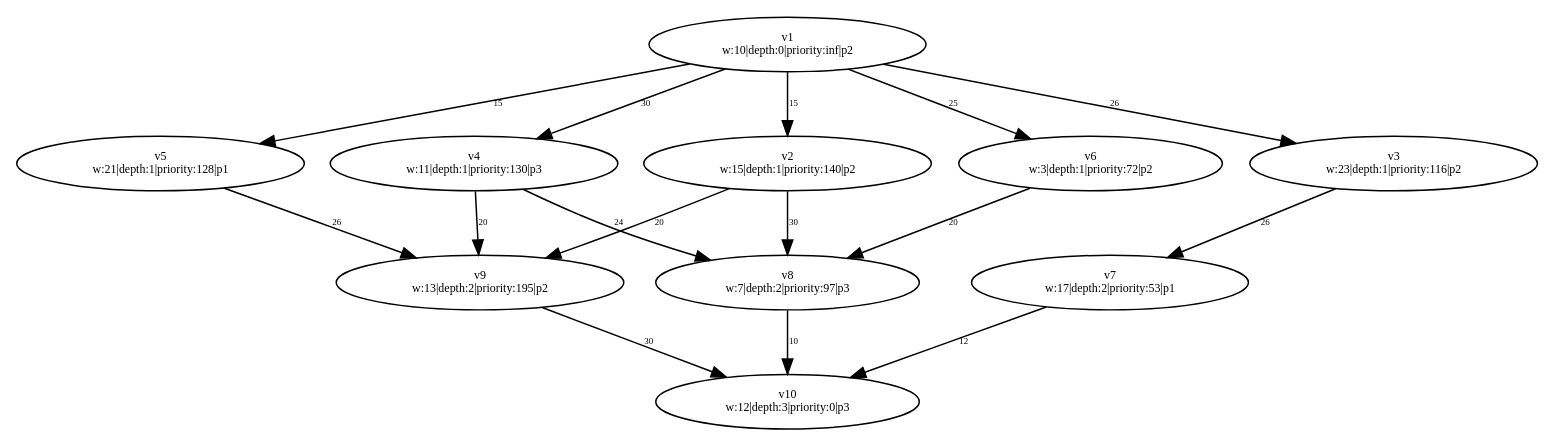
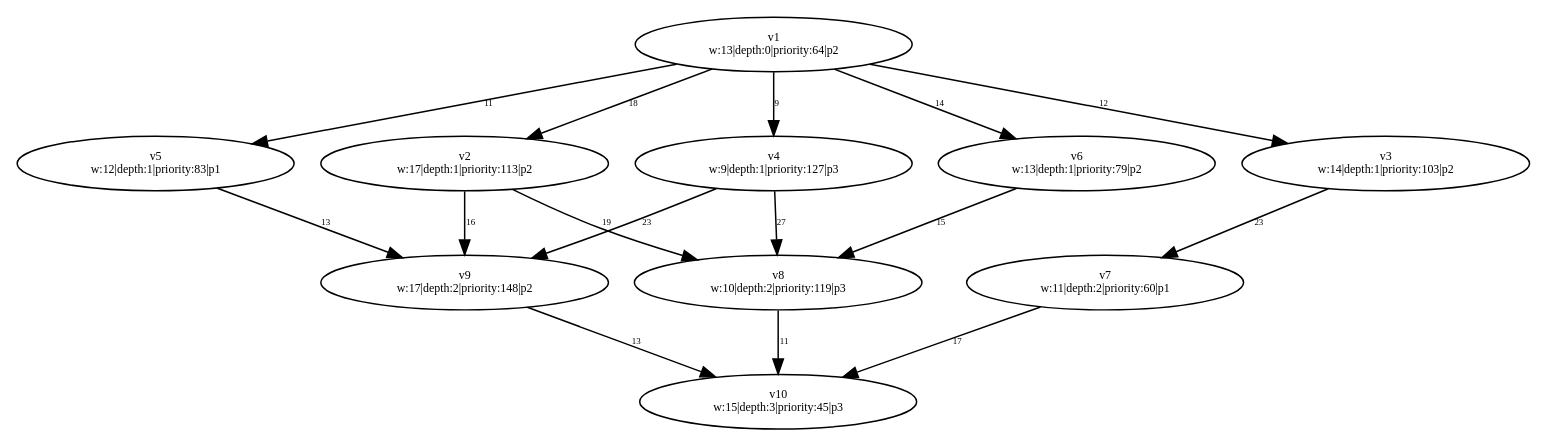
Before and after one commit to dexters1/Task-Scheduling-Based-on-Genetic-Algorithms: the diagram in PythonApplication1/PythonApplication1/test-output/slika_7.gv, drawn with Graphviz. The commit also changed 54 other files, not shown here.

```diff
--- a/PythonApplication1/PythonApplication1/test-output/slika_7.gv
+++ b/PythonApplication1/PythonApplication1/test-output/slika_7.gv
@@ -1,37 +1,37 @@
 digraph {
 	v1 [label="v1
-w:10|depth:0|priority:inf|p2" fontsize=8.0]
+w:13|depth:0|priority:64|p2" fontsize=8.0]
+	v4 [label="v4
+w:9|depth:1|priority:127|p3" fontsize=8.0]
 	v2 [label="v2
-w:15|depth:1|priority:140|p2" fontsize=8.0]
-	v4 [label="v4
-w:11|depth:1|priority:130|p3" fontsize=8.0]
+w:17|depth:1|priority:113|p2" fontsize=8.0]
+	v3 [label="v3
+w:14|depth:1|priority:103|p2" fontsize=8.0]
 	v5 [label="v5
-w:21|depth:1|priority:128|p1" fontsize=8.0]
-	v3 [label="v3
-w:23|depth:1|priority:116|p2" fontsize=8.0]
+w:12|depth:1|priority:83|p1" fontsize=8.0]
 	v6 [label="v6
-w:3|depth:1|priority:72|p2" fontsize=8.0]
+w:13|depth:1|priority:79|p2" fontsize=8.0]
 	v9 [label="v9
-w:13|depth:2|priority:195|p2" fontsize=8.0]
+w:17|depth:2|priority:148|p2" fontsize=8.0]
 	v8 [label="v8
-w:7|depth:2|priority:97|p3" fontsize=8.0]
+w:10|depth:2|priority:119|p3" fontsize=8.0]
 	v7 [label="v7
-w:17|depth:2|priority:53|p1" fontsize=8.0]
+w:11|depth:2|priority:60|p1" fontsize=8.0]
 	v10 [label="v10
-w:12|depth:3|priority:0|p3" fontsize=8.0]
-	v1 -> v2 [label=15 constraint=true fontsize=6.0]
-	v1 -> v3 [label=26 constraint=true fontsize=6.0]
-	v1 -> v4 [label=30 constraint=true fontsize=6.0]
-	v1 -> v5 [label=15 constraint=true fontsize=6.0]
-	v1 -> v6 [label=25 constraint=true fontsize=6.0]
-	v2 -> v8 [label=30 constraint=true fontsize=6.0]
-	v2 -> v9 [label=20 constraint=true fontsize=6.0]
-	v3 -> v7 [label=26 constraint=true fontsize=6.0]
-	v4 -> v8 [label=24 constraint=true fontsize=6.0]
-	v4 -> v9 [label=20 constraint=true fontsize=6.0]
-	v5 -> v9 [label=26 constraint=true fontsize=6.0]
-	v6 -> v8 [label=20 constraint=true fontsize=6.0]
-	v7 -> v10 [label=12 constraint=true fontsize=6.0]
-	v8 -> v10 [label=10 constraint=true fontsize=6.0]
-	v9 -> v10 [label=30 constraint=true fontsize=6.0]
+w:15|depth:3|priority:45|p3" fontsize=8.0]
+	v1 -> v2 [label=18 constraint=true fontsize=6.0]
+	v1 -> v3 [label=12 constraint=true fontsize=6.0]
+	v1 -> v4 [label=9 constraint=true fontsize=6.0]
+	v1 -> v5 [label=11 constraint=true fontsize=6.0]
+	v1 -> v6 [label=14 constraint=true fontsize=6.0]
+	v2 -> v8 [label=19 constraint=true fontsize=6.0]
+	v2 -> v9 [label=16 constraint=true fontsize=6.0]
+	v3 -> v7 [label=23 constraint=true fontsize=6.0]
+	v4 -> v8 [label=27 constraint=true fontsize=6.0]
+	v4 -> v9 [label=23 constraint=true fontsize=6.0]
+	v5 -> v9 [label=13 constraint=true fontsize=6.0]
+	v6 -> v8 [label=15 constraint=true fontsize=6.0]
+	v7 -> v10 [label=17 constraint=true fontsize=6.0]
+	v8 -> v10 [label=11 constraint=true fontsize=6.0]
+	v9 -> v10 [label=13 constraint=true fontsize=6.0]
 }
```
